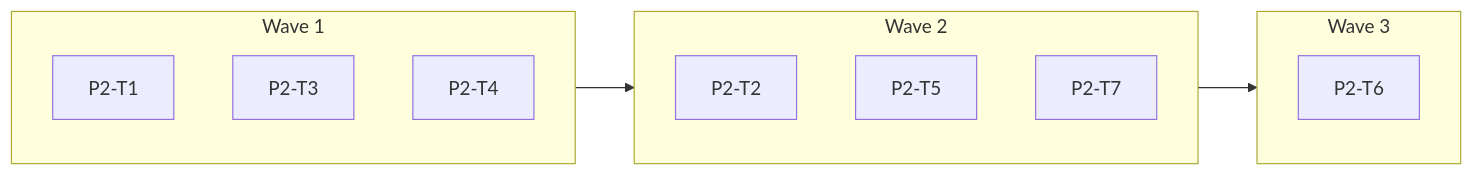
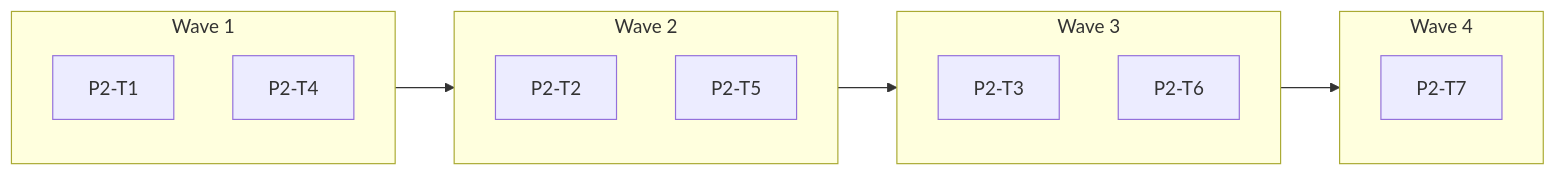
Before and after one commit to giorgosroussos/uplift: the fourth of 11 diagrams in build/docs/phases.md, drawn with Mermaid. The commit also changed other lines of this file and 27 other files, not shown here.

````diff
--- a/build/docs/phases.md
+++ b/build/docs/phases.md
@@ -169,18 +169,21 @@
 ```mermaid
 flowchart LR
   subgraph W1["Wave 1"]
     P2_T1["P2-T1"]
-    P2_T3["P2-T3"]
     P2_T4["P2-T4"]
   end
   subgraph W2["Wave 2"]
     P2_T2["P2-T2"]
     P2_T5["P2-T5"]
-    P2_T7["P2-T7"]
   end
   W1 --> W2
   subgraph W3["Wave 3"]
+    P2_T3["P2-T3"]
     P2_T6["P2-T6"]
   end
   W2 --> W3
+  subgraph W4["Wave 4"]
+    P2_T7["P2-T7"]
+  end
+  W3 --> W4
 ```
````
